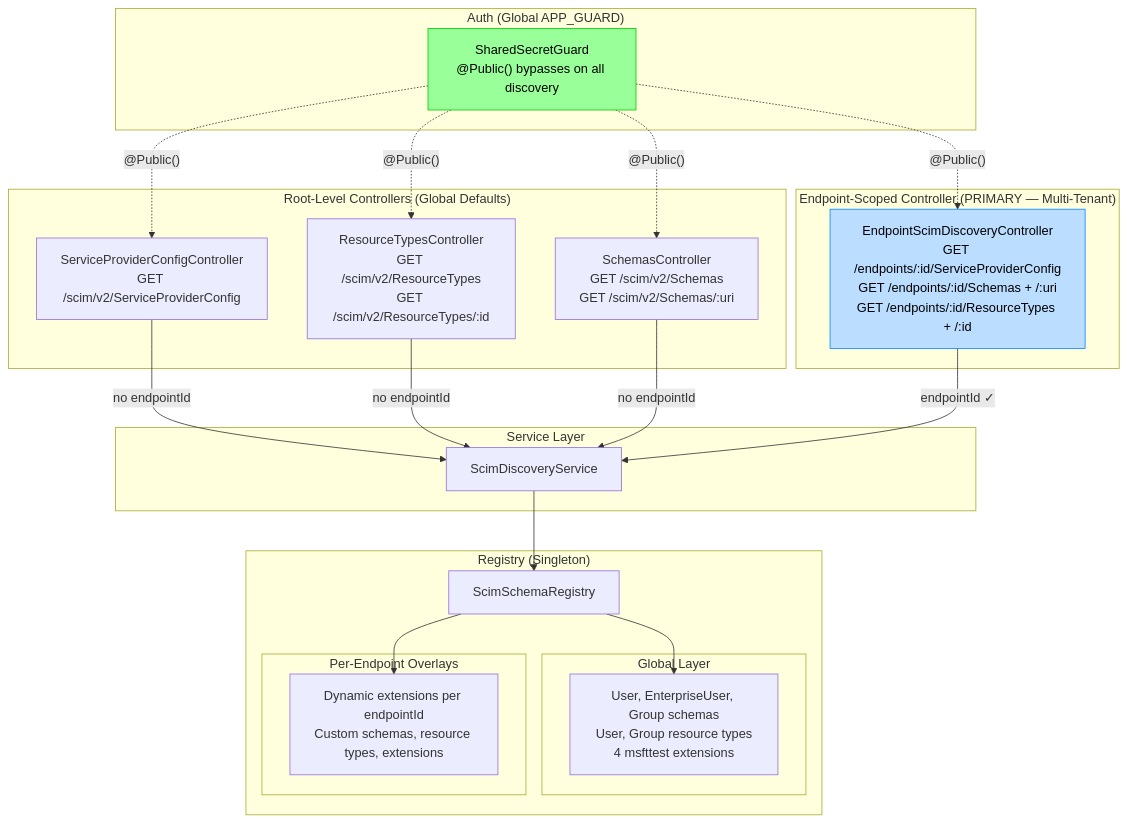
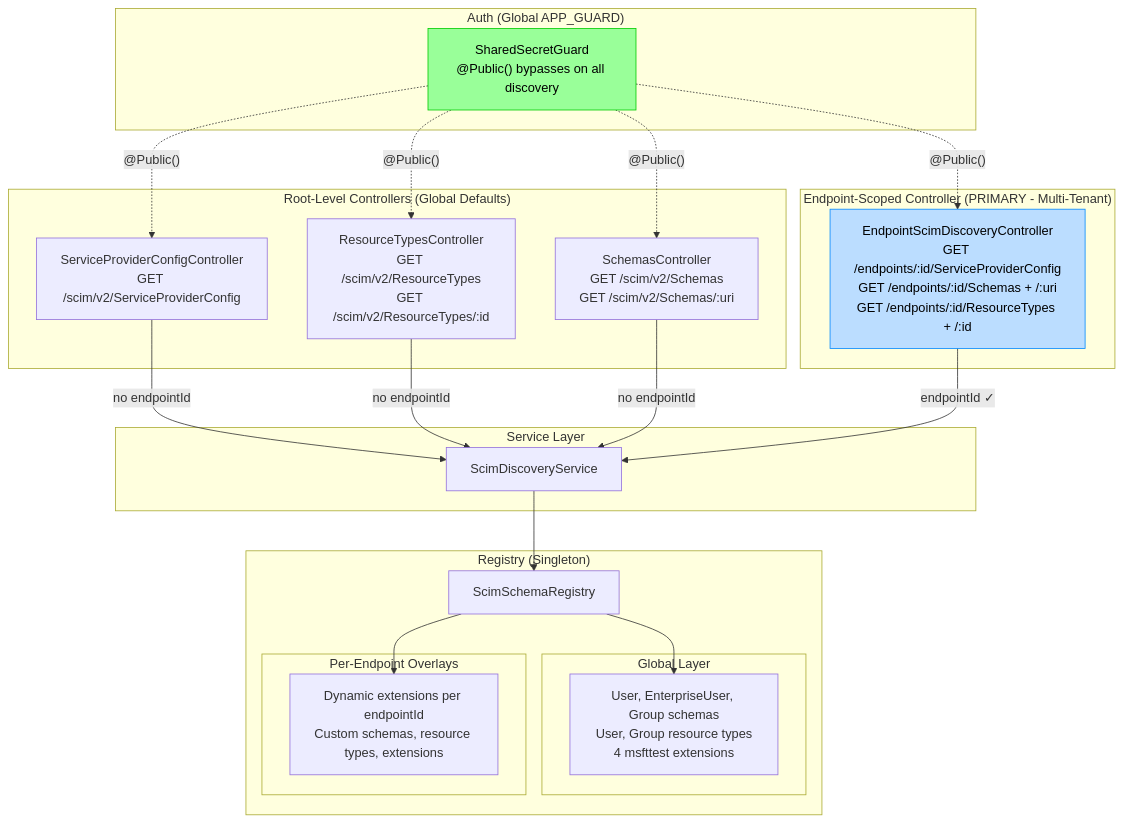
One commit to pranems/SCIMServer changed the first of 4 diagrams in docs/DISCOVERY_ENDPOINTS_RFC_AUDIT.md. Above: the diagram before and after it, drawn with Mermaid. The commit also changed other lines of this file and 337 other files, not shown here.

````diff
--- a/docs/DISCOVERY_ENDPOINTS_RFC_AUDIT.md
+++ b/docs/DISCOVERY_ENDPOINTS_RFC_AUDIT.md
@@ -147,46 +147,46 @@
 ```mermaid
 graph TB
     subgraph "Root-Level Controllers (Global Defaults)"
         ROOT_SPC["ServiceProviderConfigController<br/>GET /scim/v2/ServiceProviderConfig"]
         ROOT_RT["ResourceTypesController<br/>GET /scim/v2/ResourceTypes<br/>GET /scim/v2/ResourceTypes/:id"]
         ROOT_SCH["SchemasController<br/>GET /scim/v2/Schemas<br/>GET /scim/v2/Schemas/:uri"]
     end
 
-    subgraph "Endpoint-Scoped Controller (PRIMARY — Multi-Tenant)"
+    subgraph "Endpoint-Scoped Controller (PRIMARY - Multi-Tenant)"
         EP_DISC["EndpointScimDiscoveryController<br/>GET /endpoints/:id/ServiceProviderConfig<br/>GET /endpoints/:id/Schemas + /:uri<br/>GET /endpoints/:id/ResourceTypes + /:id"]
     end
 
     subgraph "Service Layer"
         SDS["ScimDiscoveryService"]
     end
 
     subgraph "Registry (Singleton)"
         REG["ScimSchemaRegistry"]
         subgraph "Global Layer"
             GL["User, EnterpriseUser, Group schemas<br/>User, Group resource types<br/>4 msfttest extensions"]
         end
         subgraph "Per-Endpoint Overlays"
             EPO["Dynamic extensions per endpointId<br/>Custom schemas, resource types, extensions"]
         end
     end
 
     subgraph "Auth (Global APP_GUARD)"
         GUARD["SharedSecretGuard<br/>@Public() bypasses on all discovery"]
     end
 
     ROOT_SPC -->|"no endpointId"| SDS
     ROOT_RT -->|"no endpointId"| SDS
     ROOT_SCH -->|"no endpointId"| SDS
     EP_DISC -->|"endpointId ✓"| SDS
     SDS --> REG
     REG --> GL
     REG --> EPO
 
     GUARD -.->|"@Public()"| ROOT_SPC
     GUARD -.->|"@Public()"| ROOT_RT
     GUARD -.->|"@Public()"| ROOT_SCH
     GUARD -.->|"@Public()"| EP_DISC
 
     style EP_DISC fill:#bdf,stroke:#08f,color:#000
     style GUARD fill:#9f9,stroke:#0c0,color:#000
 ```
````
